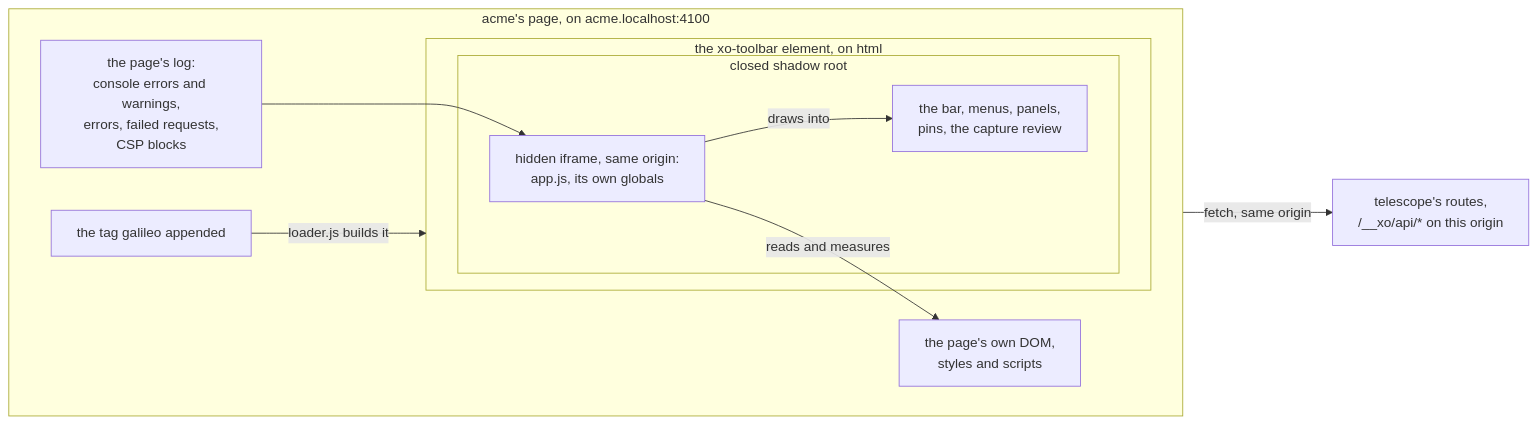
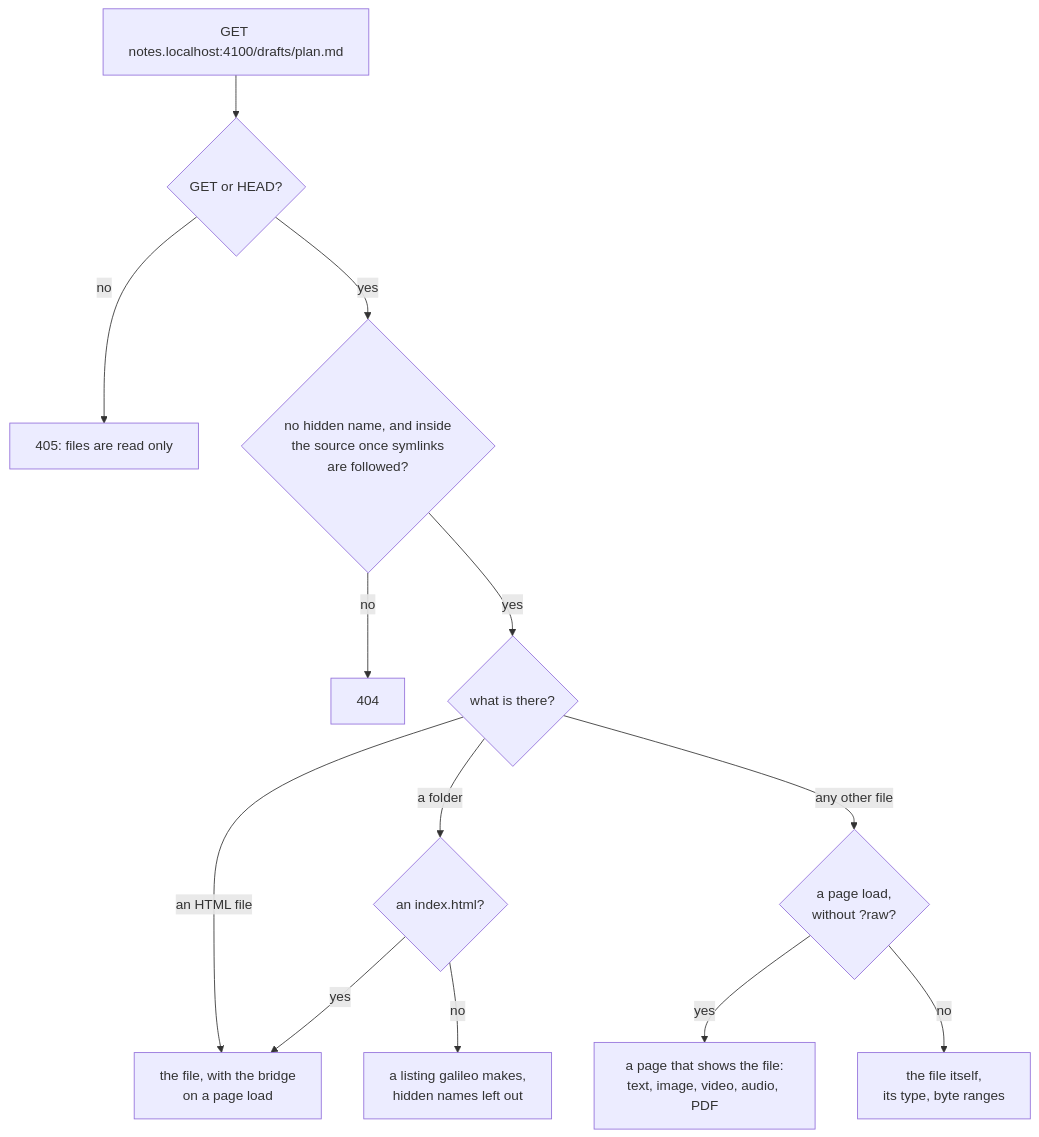
Before and after one commit to quirq-ai/galileo: the fifth of 8 diagrams in docs/ARCHITECTURE.md, drawn with Mermaid. The commit also changed other lines of this file and 51 other files, not shown here.

````diff
--- a/docs/ARCHITECTURE.md
+++ b/docs/ARCHITECTURE.md
@@ -215,21 +156,15 @@
 ```mermaid
-flowchart LR
-  subgraph pg["acme's page, on acme.localhost:4100"]
-    direction LR
-    tag["the tag galileo appended"]
-    log["the page's log:<br/>console errors and warnings,<br/>errors, failed requests,<br/>CSP blocks"]
-    subgraph el["the xo-toolbar element, on html"]
-      subgraph sr["closed shadow root"]
-        frame["hidden iframe, same origin:<br/>app.js, its own globals"]
-        bar["the bar, menus, panels,<br/>pins, the capture review"]
-      end
-    end
-    dom["the page's own DOM,<br/>styles and scripts"]
-  end
-  api["telescope's routes,<br/>/__xo/api/* on this origin"]
-  tag -->|"loader.js builds it"| el
-  log --> frame
-  frame -->|"draws into"| bar
-  frame -->|"reads and measures"| dom
-  frame -->|"fetch, same origin"| api
+flowchart TD
+  req["GET notes.localhost:4100/drafts/plan.md"] --> method{"GET or HEAD?"}
+  method -->|no| no["405: files are read only"]
+  method -->|yes| safe{"no hidden name, and inside<br/>the source once symlinks<br/>are followed?"}
+  safe -->|no| nf["404"]
+  safe -->|yes| what{"what is there?"}
+  what -->|"a folder"| index{"an index.html?"}
+  index -->|yes| html["the file, with the bridge<br/>on a page load"]
+  index -->|no| listing["a listing galileo makes,<br/>hidden names left out"]
+  what -->|"an HTML file"| html
+  what -->|"any other file"| load{"a page load,<br/>without ?raw?"}
+  load -->|yes| view["a page that shows the file:<br/>text, image, video, audio, PDF"]
+  load -->|no| raw["the file itself,<br/>its type, byte ranges"]
 ```
````
